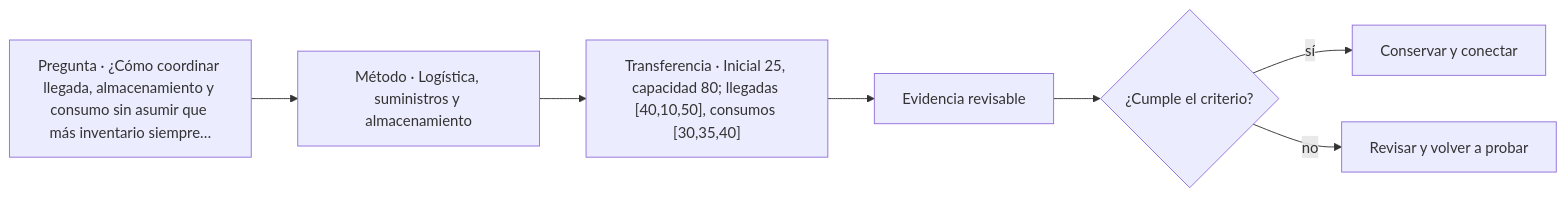
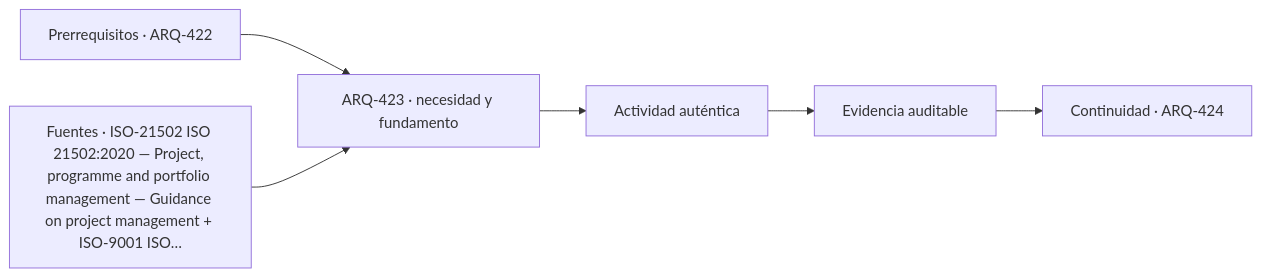
Before and after one commit to vladimiracunadev-create/architecture-built-environment-learning-program: the diagram in classes/parte-43/ARQ-423.md, drawn with Mermaid. The commit also changed other lines of this file and 761 other files, not shown here.

````diff
--- a/classes/parte-43/ARQ-423.md
+++ b/classes/parte-43/ARQ-423.md
@@ -75,9 +87,8 @@
 ```mermaid
 flowchart LR
-    Q["Pregunta · ¿Cómo coordinar llegada, almacenamiento y consumo sin asumir que más inventario siempre…"] --> M["Método · Logística, suministros y almacenamiento"]
-    M --> P["Transferencia · Inicial 25, capacidad 80; llegadas [40,10,50], consumos [30,35,40]"]
-    P --> E["Evidencia revisable"]
-    E --> C{"¿Cumple el criterio?"}
-    C -->|sí| T["Conservar y conectar"]
-    C -->|no| R["Revisar y volver a probar"]
+    A["Prerrequisitos · ARQ-422"] --> B["ARQ-423 · necesidad y fundamento"]
+    S["Fuentes · ISO-21502 ISO 21502:2020 — Project, programme and portfolio management — Guidance on project management + ISO-9001 ISO…"] --> B
+    B --> C["Actividad auténtica"]
+    C --> D["Evidencia auditable"]
+    D --> E["Continuidad · ARQ-424"]
 ```
````
